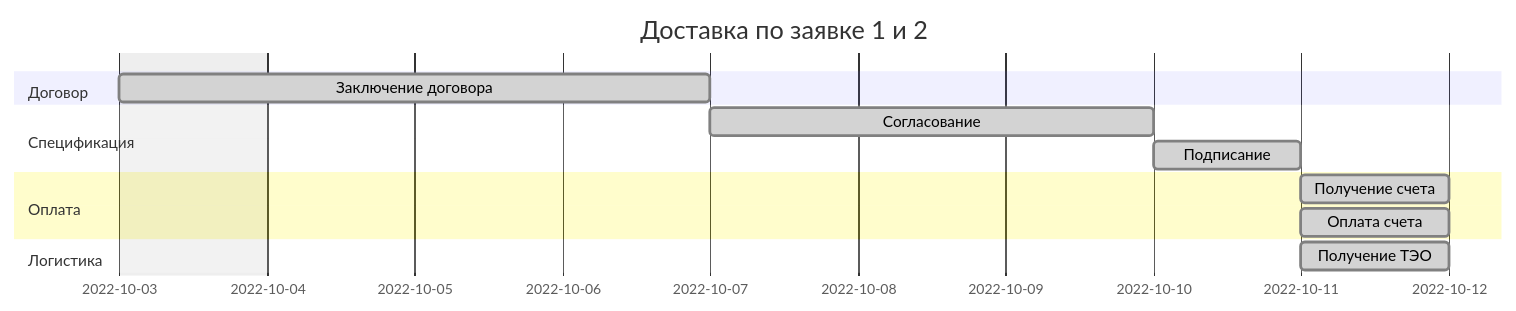
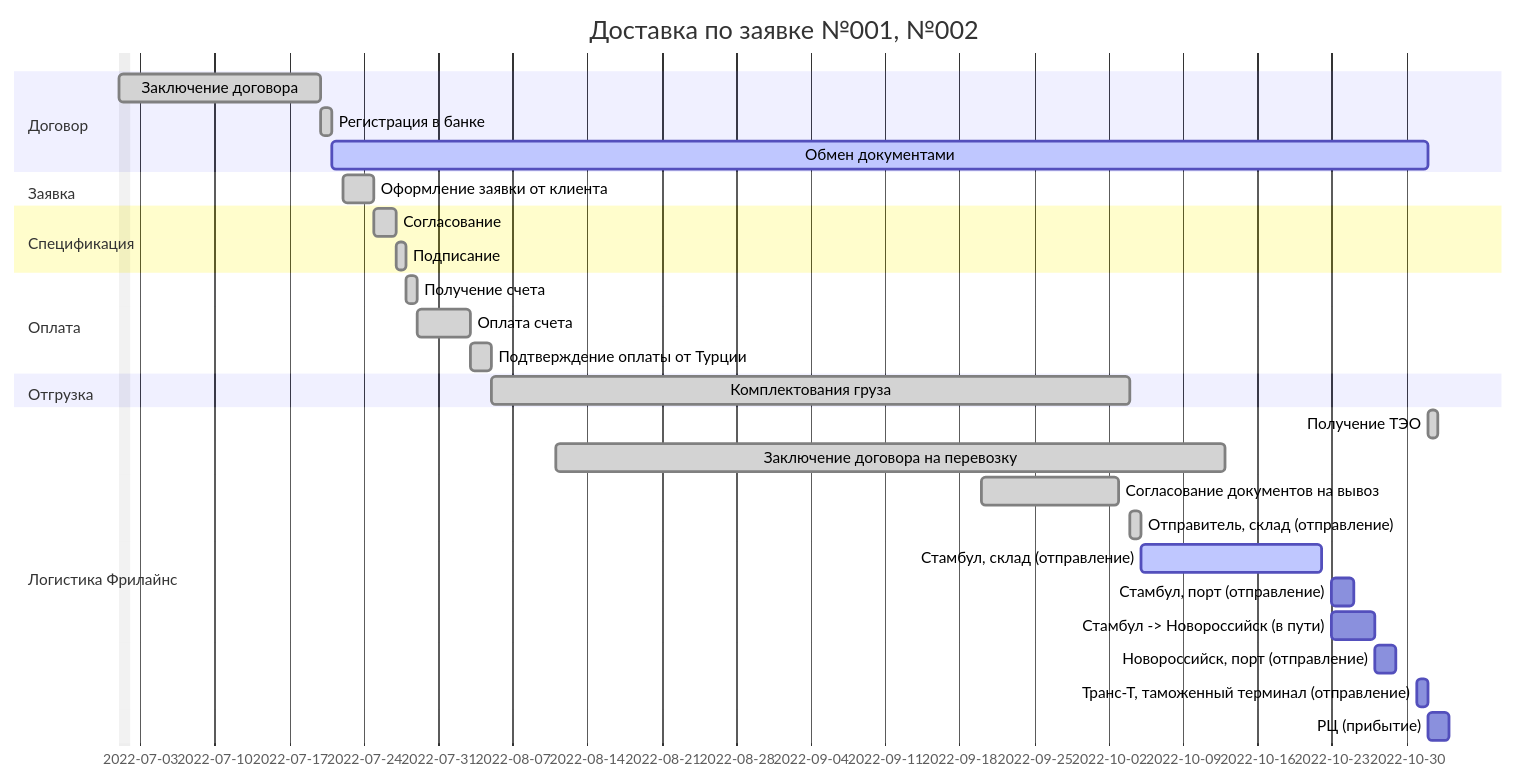
The diagram in requests/request_001.md (dkovalenko174/km_work), drawn with Mermaid before and after one commit. The commit also changed other lines of this file, not shown here.

````diff
--- a/requests/request_001.md
+++ b/requests/request_001.md
@@ -7,20 +10,38 @@
 ```mermaid
 gantt
 dateFormat YYYY-MM-DD
-title Доставка по заявке 1 и 2
-excludes weekdays 2022-10-03
+title Доставка по заявке №001, №002
+excludes weekdays 2022-07-01
 
 section Договор
-Заключение договора :done, des1, 2022-10-03, 2022-10-07
+Заключение договора :done, con, 2022-07-01, 2022-07-20
+Регистрация в банке :done, con1, 2022-07-20, 1d
+Обмен документами :active, con2, after con1, 2022-11-01
+
+section Заявка
+Оформление заявки от клиента :done, req, 2022-07-22, 2022-07-25
 
 section Спецификация
-Согласование :done, des2, after des1, 3d
-Подписание :done, des3, after des2, 1d
+Согласование :done, spec, after req, 2d
+Подписание :done, spec1, after spec, 1d
 
 section Оплата
-Получение счета :done, des4, after des3, 1d
-Оплата счета :done, des5, after des3, 1d
+Получение счета :done, invoice, 2022-07-28, 1d
+Оплата счета :done, invoice1, after invoice, 2022-08-03
+Подтверждение оплаты от Турции :done, invoice2, after invoice1, 2022-08-05
 
-section Логистика
-Получение ТЭО :done, des6, after des3, 1d
+section Отгрузка
+Комплектования груза :done, cargo, 2022-08-05, 2022-10-04
+
+section Логистика Фрилайнс
+Получение ТЭО :done, log, after des3, 1d
+Заключение договора на перевозку :done, log1, 2022-08-11, 2022-10-13
+Согласование документов на вывоз :done, log2, 2022-09-20, 2022-10-03
+Отправитель, склад (отправление) :done, log3, 2022-10-04, 1d
+Стамбул, склад (отправление) :active, log4, after log3, 2022-10-22
+Стамбул, порт (отправление) : log5, 2022-10-23, 2d
+Стамбул -> Новороссийск (в пути) : log6, 2022-10-23, 2022-10-27
+Новороссийск, порт (отправление) : log7, 2022-10-27, 2d
+Транс-Т, таможенный терминал (отправление) : log8, 2022-10-31, 1d
+РЦ (прибытие) : log9, 2022-11-01, 2d
 ```
````
